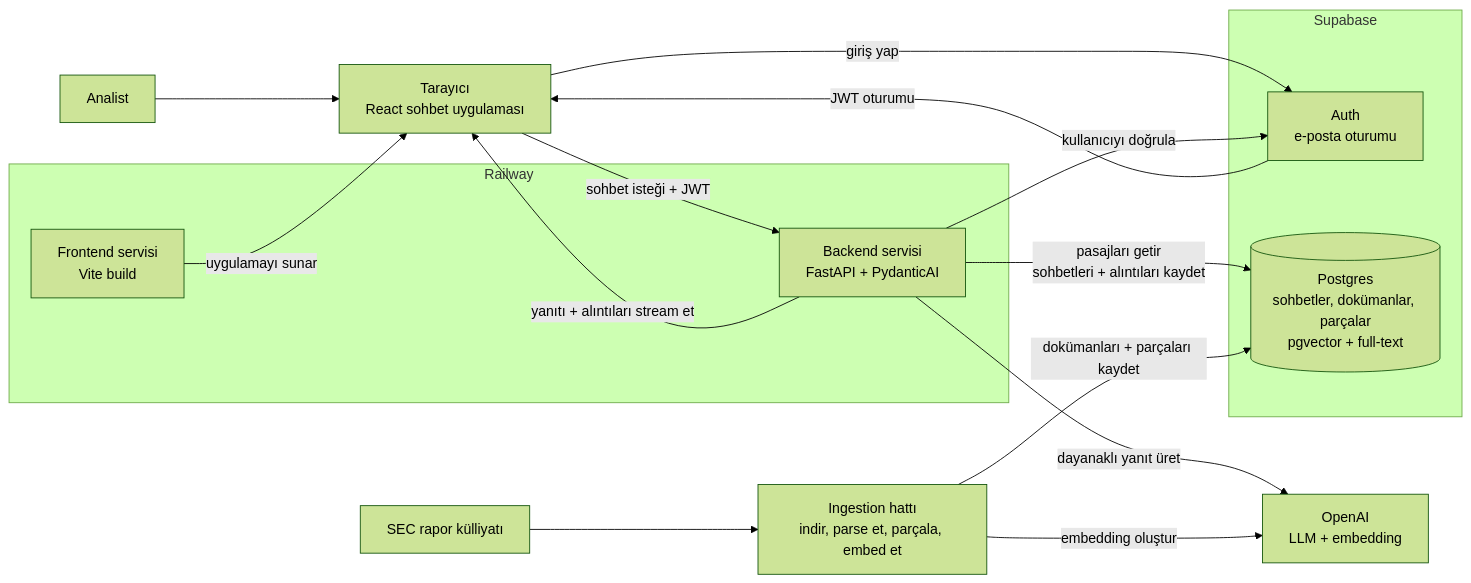
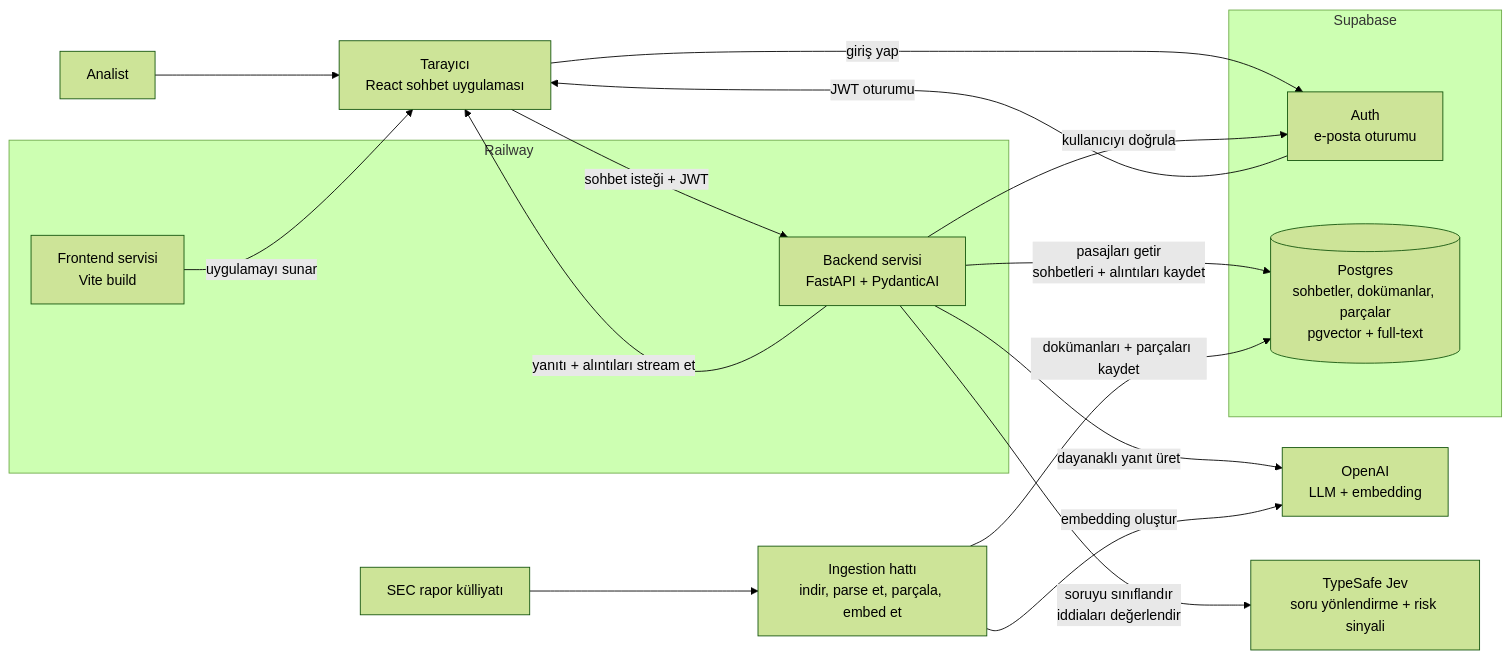
The first of 2 diagrams in docs/architecture.tr.md (Furkanturan8/document-copilot), drawn with Mermaid (forest theme) before and after one commit. The commit also changed other lines of this file and 36 other files, not shown here.

````diff
--- a/docs/architecture.tr.md
+++ b/docs/architecture.tr.md
@@ -15,31 +15,33 @@
 ```mermaid
 flowchart LR
     user[Analist] --> browser[Tarayıcı<br/>React sohbet uygulaması]
 
     subgraph railway[Railway]
         frontend[Frontend servisi<br/>Vite build]
         backend[Backend servisi<br/>FastAPI + PydanticAI]
     end
 
     subgraph supabase[Supabase]
         auth[Auth<br/>e-posta oturumu]
         db[(Postgres<br/>sohbetler, dokümanlar, parçalar<br/>pgvector + full-text)]
     end
 
     openai[OpenAI<br/>LLM + embedding]
+    jev[TypeSafe Jev<br/>soru yönlendirme + risk sinyali]
     corpus[SEC rapor külliyatı]
     ingestion[Ingestion hattı<br/>indir, parse et, parçala, embed et]
 
     frontend -->|uygulamayı sunar| browser
     browser -->|giriş yap| auth
     auth -->|JWT oturumu| browser
     browser -->|sohbet isteği + JWT| backend
     backend -->|kullanıcıyı doğrula| auth
     backend -->|pasajları getir<br/>sohbetleri + alıntıları kaydet| db
     backend -->|dayanaklı yanıt üret| openai
+    backend -->|soruyu sınıflandır<br/>iddiaları değerlendir| jev
     backend -->|yanıtı + alıntıları stream et| browser
 
     corpus --> ingestion
     ingestion -->|embedding oluştur| openai
     ingestion -->|dokümanları + parçaları kaydet| db
 ```
````
